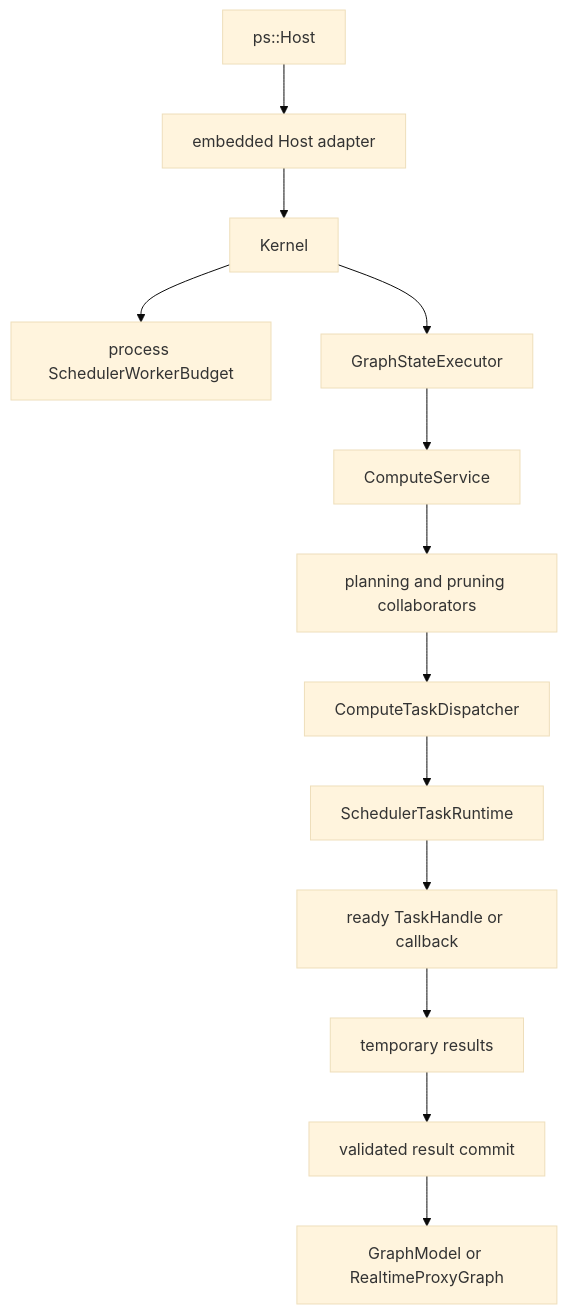
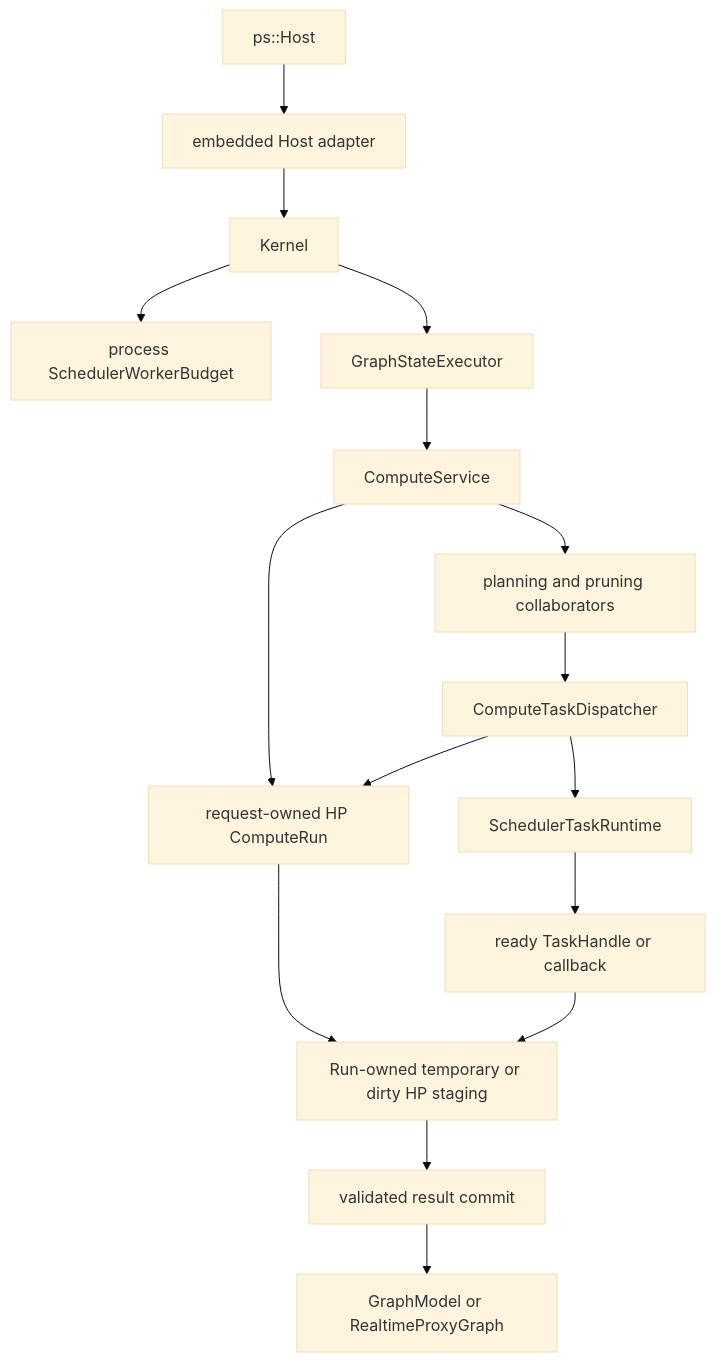
Before and after one commit to kevin-zf1123/photospider: the diagram in docs/kernel-architecture/Compute-Boundaries.md, drawn with Mermaid (base theme). The commit also changed other lines of this file and 33 other files, not shown here.

````diff
--- a/docs/kernel-architecture/Compute-Boundaries.md
+++ b/docs/kernel-architecture/Compute-Boundaries.md
@@ -24,15 +24,18 @@
 ```mermaid
 flowchart TD
   HOST["ps::Host"] --> ADAPTER["embedded Host adapter"]
   ADAPTER --> KERNEL["Kernel"]
   KERNEL --> BUDGET["process SchedulerWorkerBudget"]
   KERNEL --> GSE["GraphStateExecutor"]
   GSE --> SERVICE["ComputeService"]
+  SERVICE --> RUN["request-owned HP ComputeRun"]
   SERVICE --> PLAN["planning and pruning collaborators"]
   PLAN --> DISPATCH["ComputeTaskDispatcher"]
+  DISPATCH --> RUN
   DISPATCH --> RUNTIME["SchedulerTaskRuntime"]
   RUNTIME --> CALLBACK["ready TaskHandle or callback"]
-  CALLBACK --> TEMP["temporary results"]
+  CALLBACK --> TEMP["Run-owned temporary or dirty HP staging"]
+  RUN --> TEMP
   TEMP --> COMMIT["validated result commit"]
   COMMIT --> GRAPH["GraphModel or RealtimeProxyGraph"]
 ```
````
